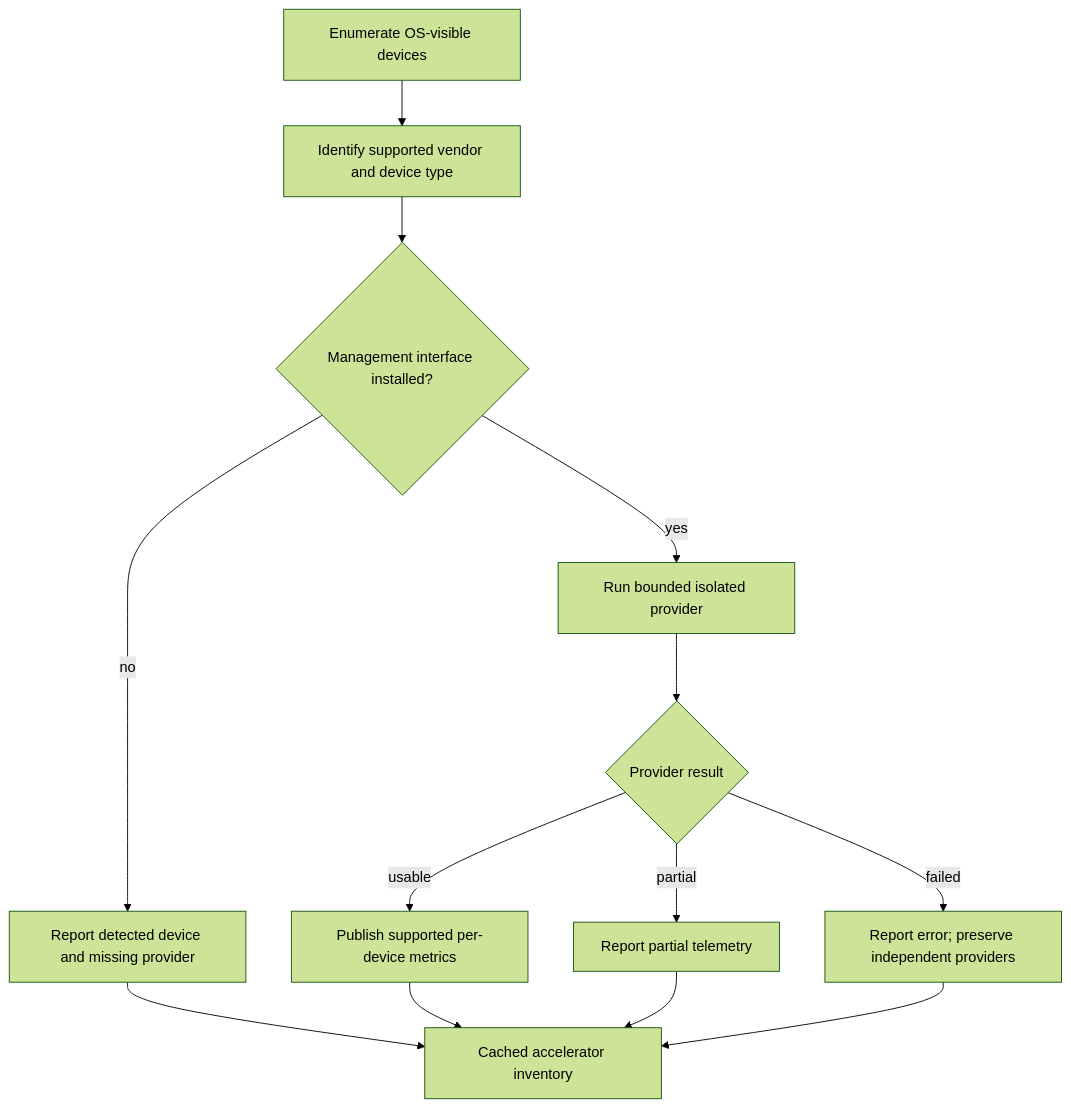
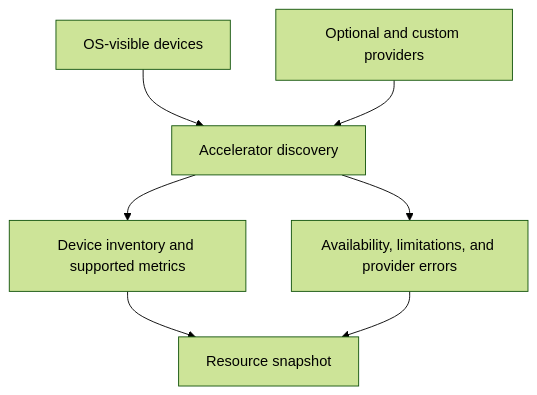
One commit to smuniharish/resourcera changed the diagram in diagrams/accelerator-discovery.mmd. Above: the diagram before and after it, drawn with Mermaid (forest theme). The commit also changed 35 other files, not shown here.

```diff
--- a/diagrams/accelerator-discovery.mmd
+++ b/diagrams/accelerator-discovery.mmd
@@ -1,13 +1,7 @@
 flowchart TD
-    scan["Enumerate OS-visible devices"] --> identity["Identify supported vendor and device type"]
-    identity --> interface{"Management interface installed?"}
-    interface -- no --> missing["Report detected device and missing provider"]
-    interface -- yes --> child["Run bounded isolated provider"]
-    child --> result{"Provider result"}
-    result -- usable --> telemetry["Publish supported per-device metrics"]
-    result -- partial --> partial["Report partial telemetry"]
-    result -- failed --> failed["Report error; preserve independent providers"]
-    missing --> snapshot["Cached accelerator inventory"]
-    telemetry --> snapshot
-    partial --> snapshot
-    failed --> snapshot
+    devices["OS-visible devices"] --> discovery["Accelerator discovery"]
+    providers["Optional and custom providers"] --> discovery
+    discovery --> inventory["Device inventory and supported metrics"]
+    discovery --> status["Availability, limitations, and provider errors"]
+    inventory --> snapshot["Resource snapshot"]
+    status --> snapshot
```
